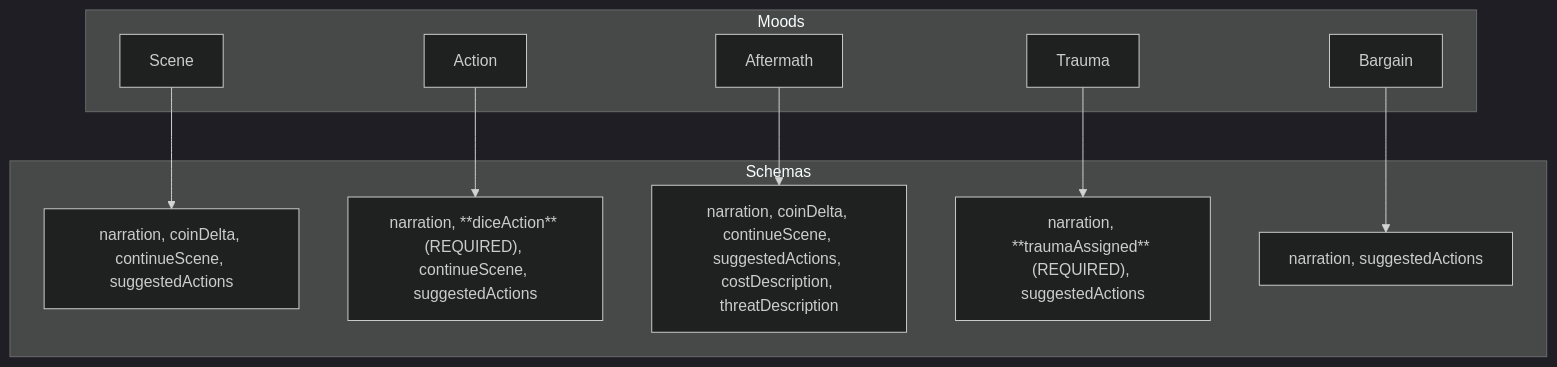
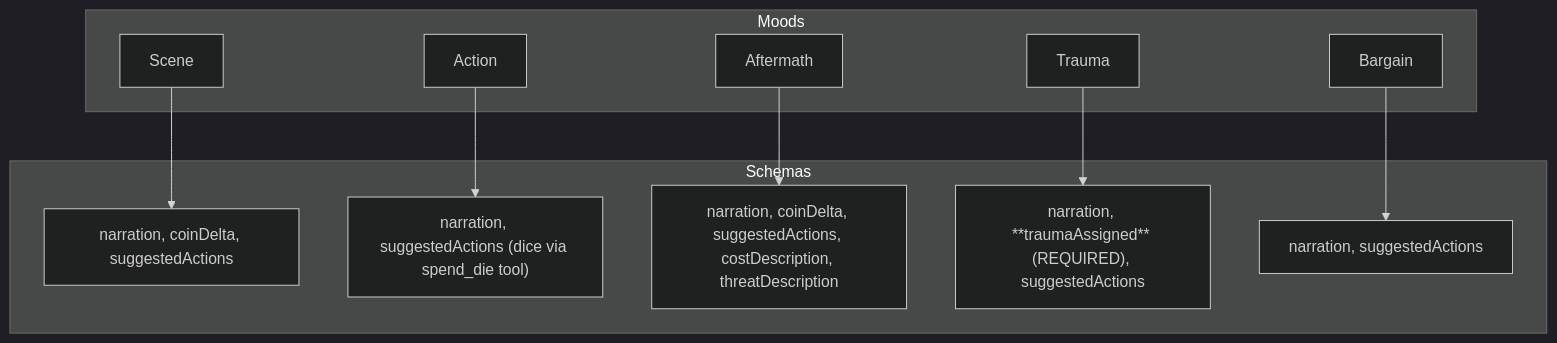
The fifth of 7 diagrams in src/DM/diagrams/context-pipeline.md (tidepool-heavy-industries/exomonad), drawn with Mermaid (dark theme) before and after one commit. The commit also changed other lines of this file and 15 other files, not shown here.

First line of the commit message:
Simplify clock consequences to narrative text

````diff
--- a/src/DM/diagrams/context-pipeline.md
+++ b/src/DM/diagrams/context-pipeline.md
@@ -221,24 +219,24 @@
 ```mermaid
 flowchart TD
     subgraph Moods
         SC[Scene]
         AC[Action]
         AF[Aftermath]
         TR[Trauma]
         BG[Bargain]
     end
 
     subgraph Schemas
-        SCS["narration, coinDelta, continueScene, suggestedActions"]
-        ACS["narration, **diceAction** (REQUIRED), continueScene, suggestedActions"]
-        AFS["narration, coinDelta, continueScene, suggestedActions, costDescription, threatDescription"]
+        SCS["narration, coinDelta, suggestedActions"]
+        ACS["narration, suggestedActions (dice via spend_die tool)"]
+        AFS["narration, coinDelta, suggestedActions, costDescription, threatDescription"]
         TRS["narration, **traumaAssigned** (REQUIRED), suggestedActions"]
         BGS["narration, suggestedActions"]
     end
 
     SC --> SCS
     AC --> ACS
     AF --> AFS
     TR --> TRS
     BG --> BGS
 ```
````
